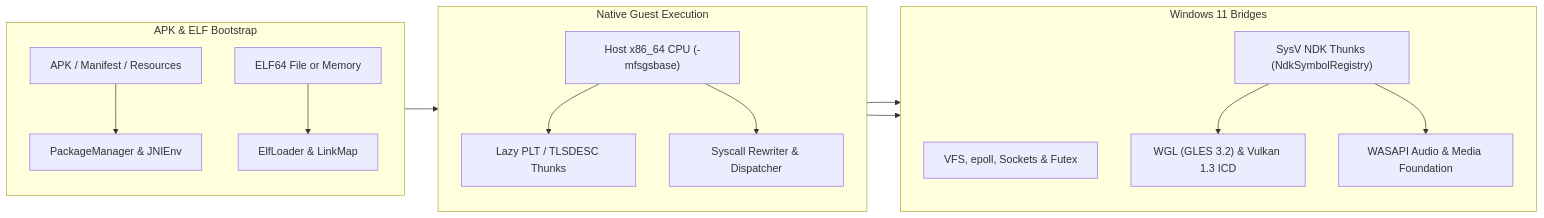
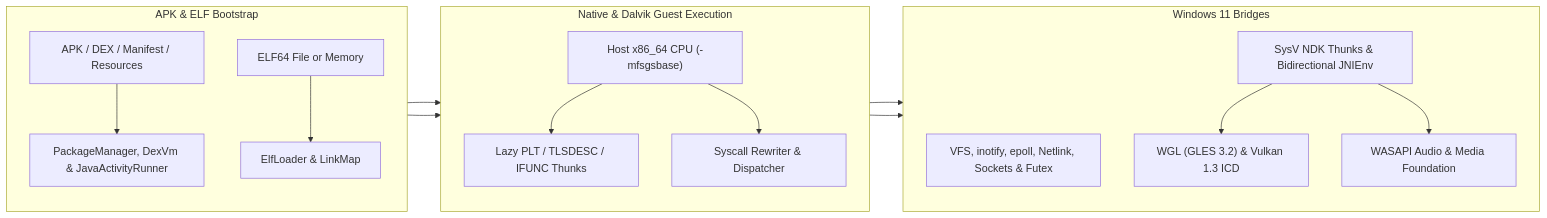
The first of 2 diagrams in docs/architecture.md (islahulkafa/portage), drawn with Mermaid before and after one commit. The commit also changed other lines of this file and 92 other files, not shown here.

Commit message:
Implement Dalvik DEX runtime, Java Activity launcher, and OS parity

````diff
--- a/docs/architecture.md
+++ b/docs/architecture.md
@@ -10,23 +10,24 @@
 ```mermaid
 flowchart LR
     subgraph Ingress ["APK & ELF Bootstrap"]
         direction TB
-        APK["APK / Manifest / Resources"] --> PM["PackageManager & JNIEnv"]
+        APK["APK / DEX / Manifest / Resources"] --> PM["PackageManager, DexVm & JavaActivityRunner"]
         ELF["ELF64 File or Memory"] --> Loader["ElfLoader & LinkMap"]
     end
 
-    subgraph Execution ["Native Guest Execution"]
+    subgraph Execution ["Native & Dalvik Guest Execution"]
         direction TB
         Loader --> Guest["Host x86_64 CPU (-mfsgsbase)"]
-        Guest --> PLT["Lazy PLT / TLSDESC Thunks"]
+        PM --> Guest
+        Guest --> PLT["Lazy PLT / TLSDESC / IFUNC Thunks"]
         Guest --> Rewrite["Syscall Rewriter & Dispatcher"]
     end
 
     subgraph Bridges ["Windows 11 Bridges"]
         direction TB
-        Rewrite --> POSIX["VFS, epoll, Sockets & Futex"]
-        PLT --> NDK["SysV NDK Thunks (NdkSymbolRegistry)"]
+        Rewrite --> POSIX["VFS, inotify, epoll, Netlink, Sockets & Futex"]
+        PLT --> NDK["SysV NDK Thunks & Bidirectional JNIEnv"]
         NDK --> GPU["WGL (GLES 3.2) & Vulkan 1.3 ICD"]
         NDK --> Audio["WASAPI Audio & Media Foundation"]
     end
 ```
````
